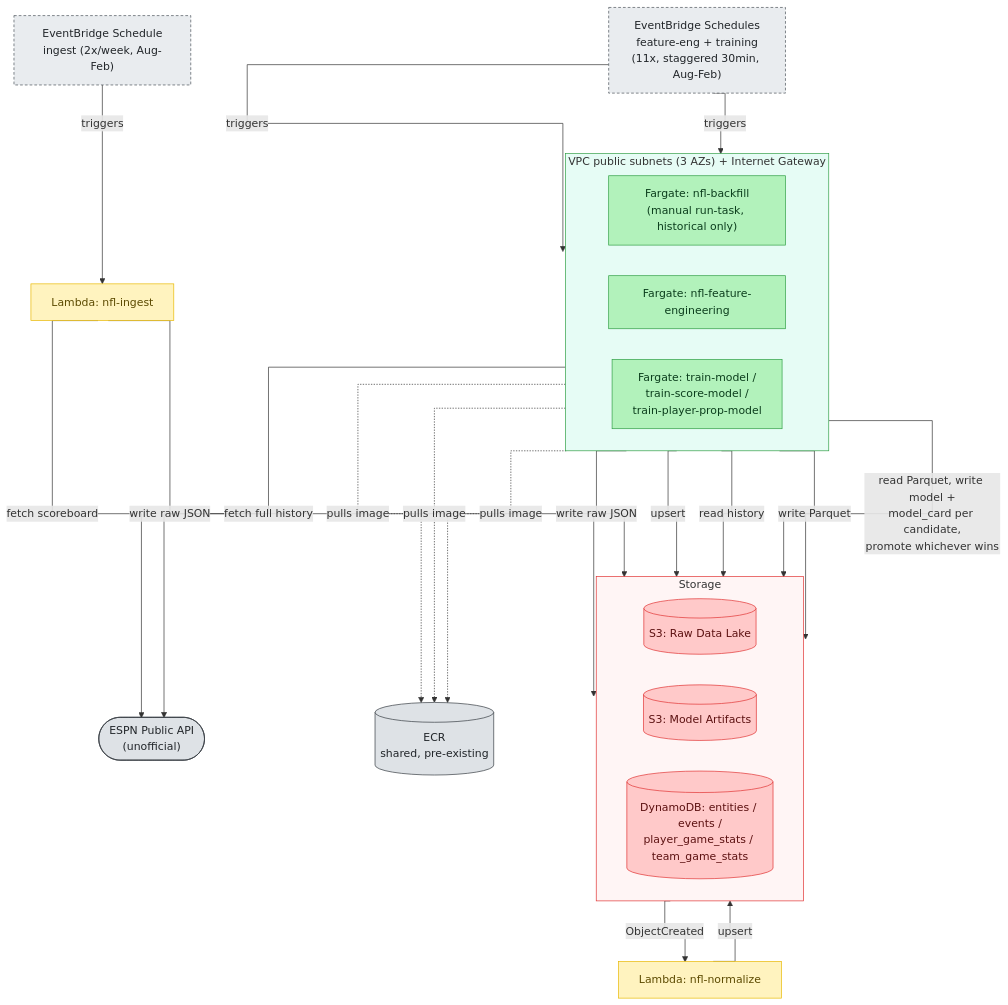
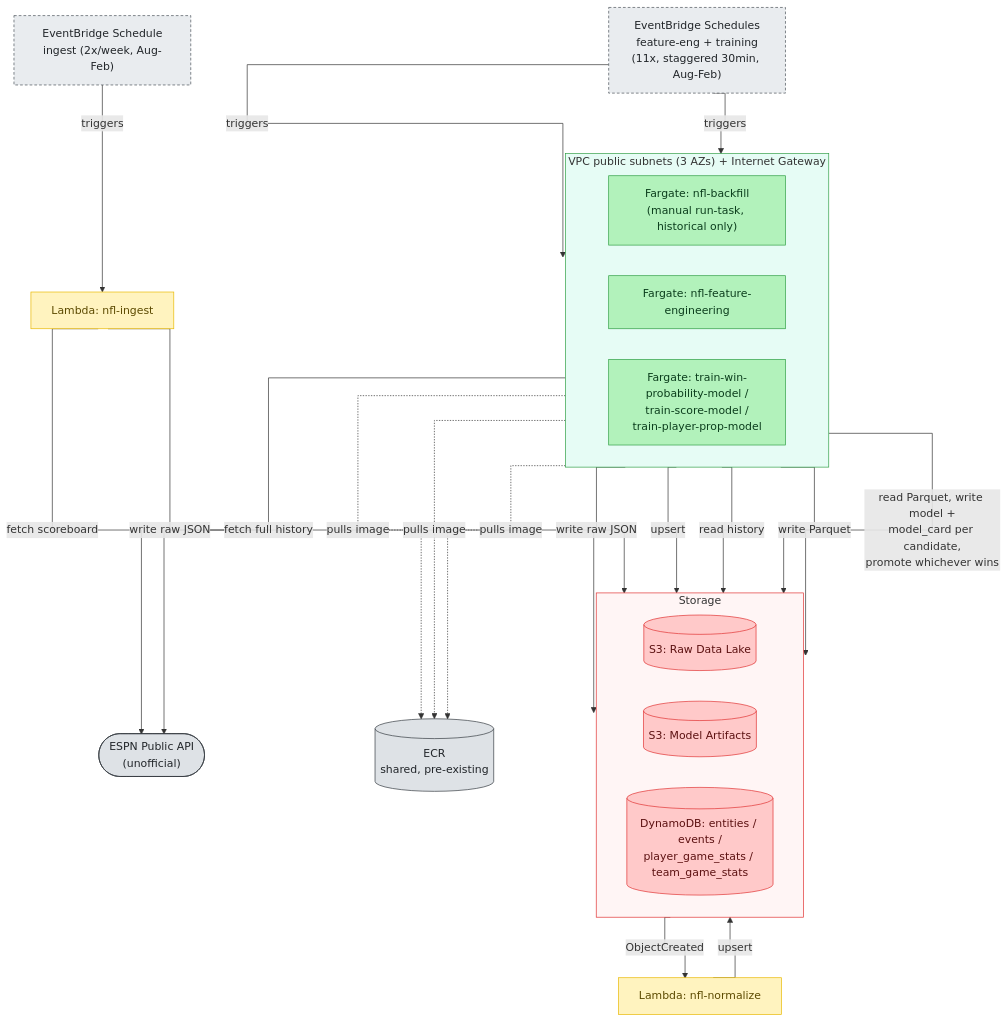
The diagram in design/AWS_ARCHITECTURE_PIPELINE.mmd (Programming-For-the-Community/sports-predictor), drawn with Mermaid before and after one commit. The commit also changed 28 other files, not shown here.

```diff
--- a/design/AWS_ARCHITECTURE_PIPELINE.mmd
+++ b/design/AWS_ARCHITECTURE_PIPELINE.mmd
@@ -1,69 +1,69 @@
 %%{init: {'flowchart': {'curve': 'stepAfter', 'nodeSpacing': 45, 'rankSpacing': 65}}}%%
 %% sports-predictor -- scheduled data pipeline (NFL, Phase 1): ingestion,
 %% one-time historical backfill, and scheduled training. Companion diagram
 %% design/AWS_ARCHITECTURE.mmd covers the client request path. See
 %% docs/AWS_ARCHITECTURE.md for the full walkthrough and legend -- this
 %% file is the single source of truth for this diagram; the doc links here
 %% and embeds a generated image rather than duplicating this source
 %% (regenerate the image after editing this file -- see the doc's own
 %% comment for the exact command).
 %% Solid arrows = data flow / invocation. Dotted arrows = supporting,
 %% non-data-flow dependency (container image pull).
 flowchart TD
     SCHIN["EventBridge Schedule<br/>ingest (2x/week, Aug-Feb)"]
     INGEST["Lambda: nfl-ingest"]
     NORMALIZE["Lambda: nfl-normalize"]
     SCHTRAIN["EventBridge Schedules<br/>feature-eng + training<br/>(11x, staggered 30min, Aug-Feb)"]
     ESPN(["ESPN Public API<br/>(unofficial)"])
     ECR[("ECR<br/>shared, pre-existing")]
 
     subgraph PubSub["VPC public subnets (3 AZs) + Internet Gateway"]
         direction LR
         BACKFILL["Fargate: nfl-backfill<br/>(manual run-task, historical only)"]
         FEAT["Fargate: nfl-feature-engineering"]
-        TRAIN["Fargate: train-model /<br/>train-score-model /<br/>train-player-prop-model"]
+        TRAIN["Fargate: train-win-probability-model /<br/>train-score-model /<br/>train-player-prop-model"]
     end
 
     subgraph StorageBox["Storage"]
         direction LR
         S3RAW[("S3: Raw Data Lake")]
         S3MODEL[("S3: Model Artifacts")]
         DDBCORE[("DynamoDB: entities / events /<br/>player_game_stats / team_game_stats")]
     end
 
     %% ---- Scheduled ingestion ----
     SCHIN -->|"triggers"| INGEST
     INGEST -->|"fetch scoreboard"| ESPN
     INGEST -->|"write raw JSON"| S3RAW
     S3RAW -->|"ObjectCreated"| NORMALIZE
     NORMALIZE -->|"upsert"| DDBCORE
 
     %% ---- One-time historical backfill ----
     BACKFILL -->|"fetch full history"| ESPN
     BACKFILL -->|"write raw JSON"| S3RAW
     BACKFILL -->|"upsert"| DDBCORE
     BACKFILL -.->|"pulls image"| ECR
 
     %% ---- Scheduled training ----
     SCHTRAIN -->|"triggers"| FEAT
     FEAT -->|"read history"| DDBCORE
     FEAT -->|"write Parquet"| S3MODEL
     SCHTRAIN -->|"triggers"| TRAIN
     TRAIN -->|"read Parquet, write model +<br/>model_card per candidate,<br/>promote whichever wins"| S3MODEL
     FEAT -.->|"pulls image"| ECR
     TRAIN -.->|"pulls image"| ECR
 
     classDef pipelineCompute fill:#fff3bf,stroke:#e8b800,color:#5c4a00;
     classDef fargateCompute fill:#b2f2bb,stroke:#2f9e44,color:#0b3d1c;
     classDef storage fill:#ffc9c9,stroke:#e03131,color:#5c1111;
     classDef schedule fill:#e9ecef,stroke:#495057,color:#212529,stroke-dasharray: 4 3;
     classDef external fill:#dee2e6,stroke:#343a40,color:#212529;
 
     class ESPN,ECR external;
     class INGEST,NORMALIZE pipelineCompute;
     class BACKFILL,FEAT,TRAIN fargateCompute;
     class S3RAW,S3MODEL,DDBCORE storage;
     class SCHIN,SCHTRAIN schedule;
 
     style PubSub fill:#e6fcf5,stroke:#2f9e44
     style StorageBox fill:#fff5f5,stroke:#e03131
```
